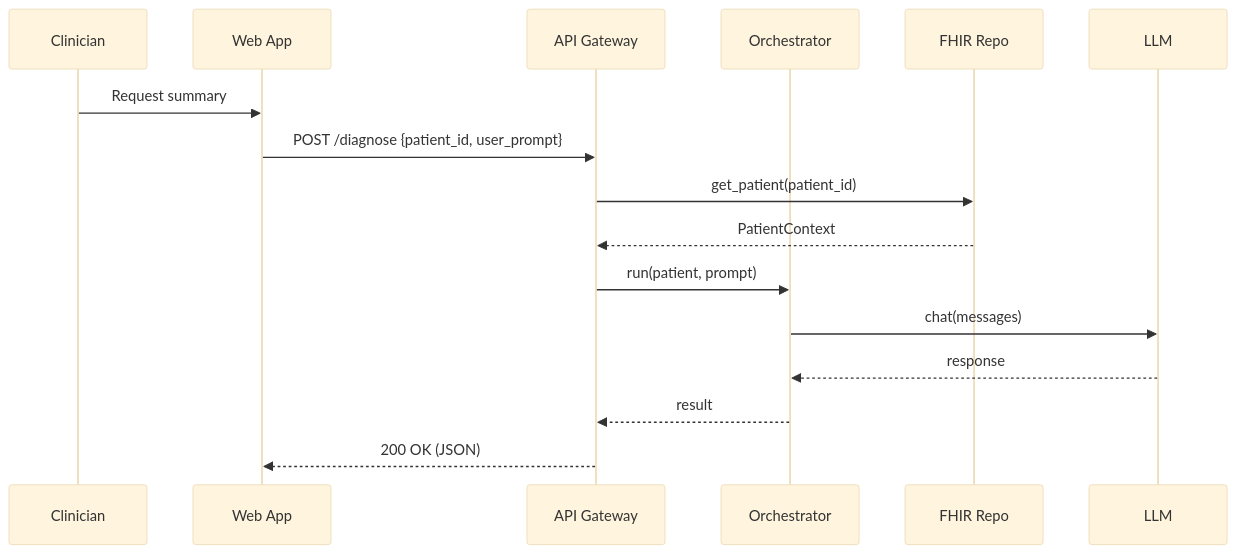
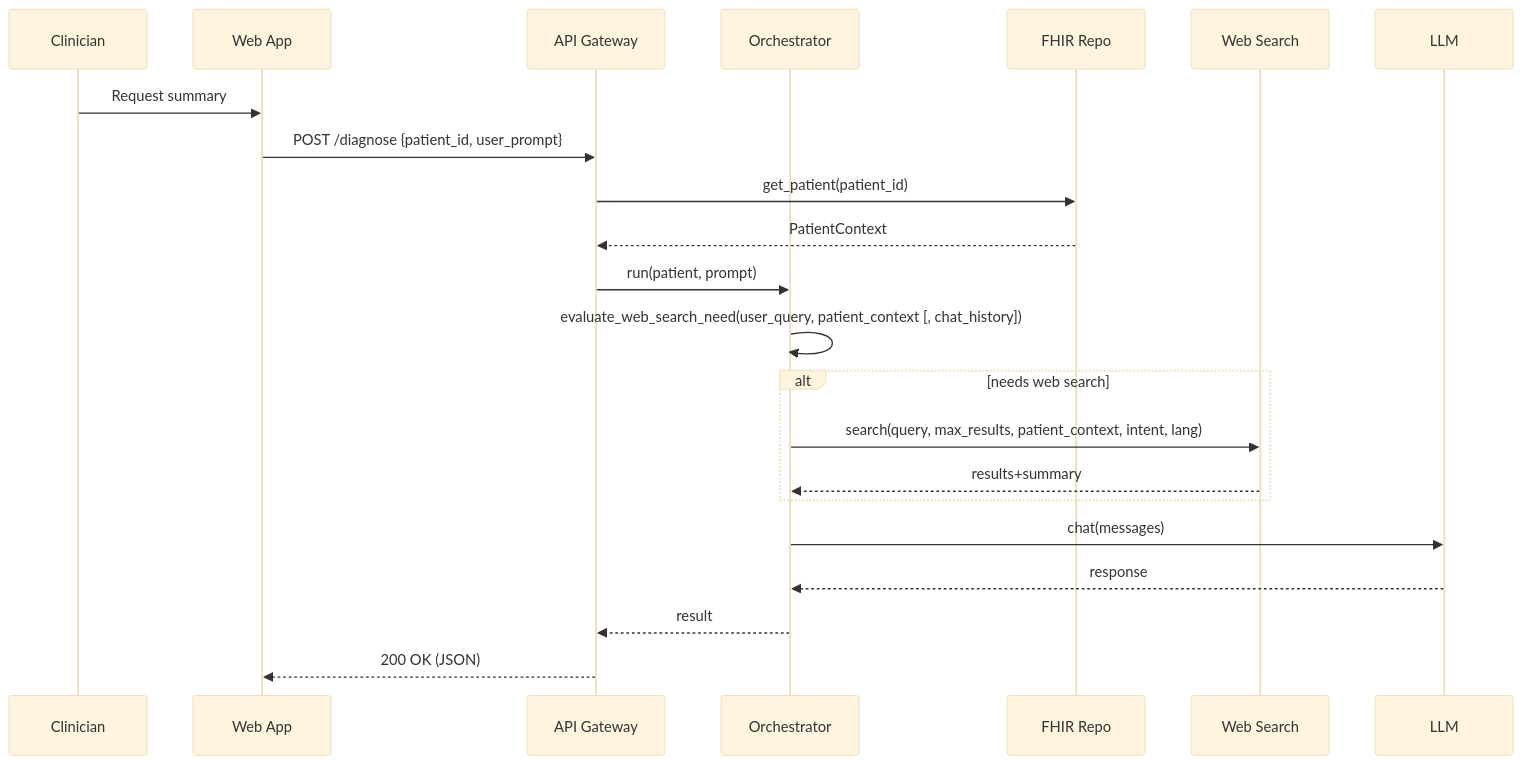
The first of 5 diagrams in docs/architecture/data_flow.md (Smyan1909/OptiMed), drawn with Mermaid (base theme) before and after one commit. The commit also changed other lines of this file and 5 other files, not shown here.

````diff
--- a/docs/architecture/data_flow.md
+++ b/docs/architecture/data_flow.md
@@ -13,18 +13,24 @@
 ```mermaid
 sequenceDiagram
   participant U as Clinician
   participant WEB as Web App
   participant API as API Gateway
   participant ORCH as Orchestrator
   participant FHIR as FHIR Repo
+  participant WS as Web Search
   participant LLM as LLM
   U->>WEB: Request summary
   WEB->>API: POST /diagnose {patient_id, user_prompt}
   API->>FHIR: get_patient(patient_id)
   FHIR-->>API: PatientContext
   API->>ORCH: run(patient, prompt)
+  ORCH->>ORCH: evaluate_web_search_need(user_query, patient_context [, chat_history])
+  alt needs web search
+    ORCH->>WS: search(query, max_results, patient_context, intent, lang)
+    WS-->>ORCH: results+summary
+  end
   ORCH->>LLM: chat(messages)
   LLM-->>ORCH: response
   ORCH-->>API: result
   API-->>WEB: 200 OK (JSON)
 ```
````
